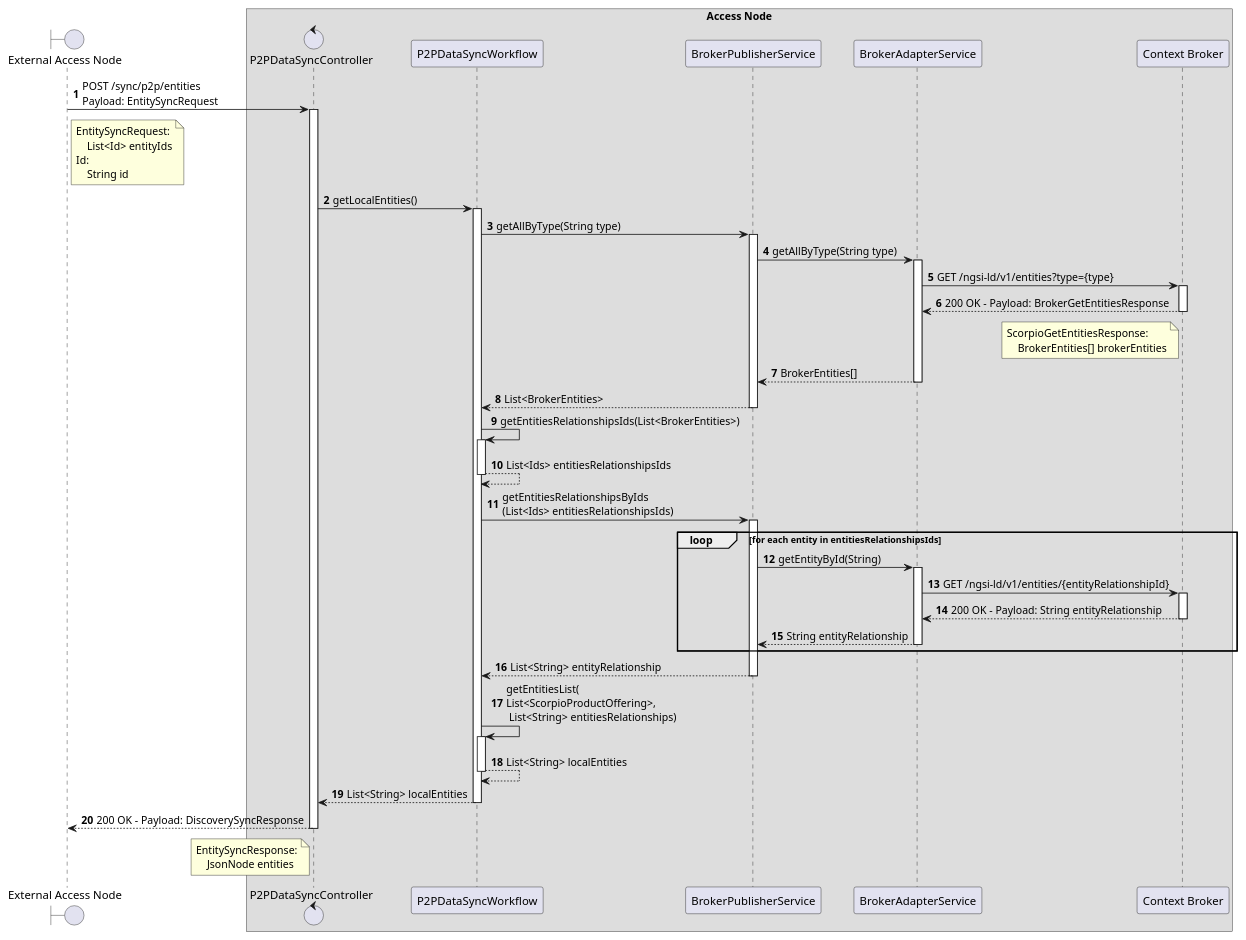
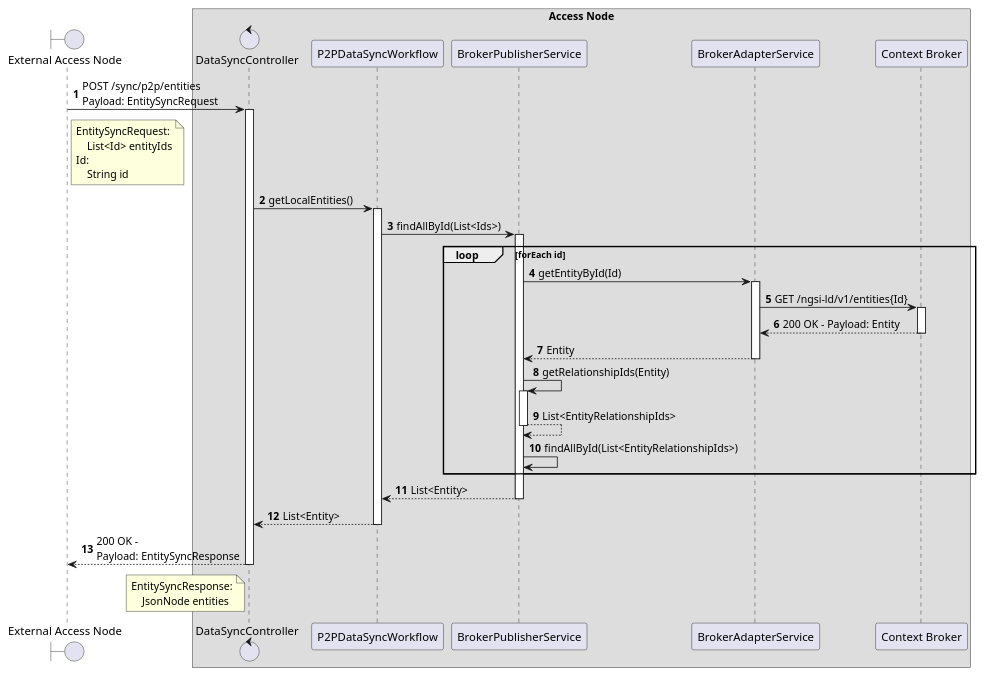
Before and after one commit to in2workspace/in2-desmos-api: the diagram in docs/diagrams/data-synchronization/sync-entities/p2p-sync-entities.puml, drawn with PlantUML.

Commit message:
fix(diagram): update sync entities sequence

```diff
--- a/docs/diagrams/data-synchronization/sync-entities/p2p-sync-entities.puml
+++ b/docs/diagrams/data-synchronization/sync-entities/p2p-sync-entities.puml
@@ -1,65 +1,53 @@
 @startuml
 'https://plantuml.com/sequence-diagram
 
 '---------- Config ----------------
 
 autonumber
 
 '---------- Header ----------------
 
 boundary "External Access Node" as ean
 
 box "Access Node"
 
-  control "P2PDataSyncController" as p2pController
-  participant "P2PDataSyncWorkflow" as p2pWorkflow
-  participant "BrokerPublisherService" as begs
+  control "DataSyncController" as dsc
+  participant "P2PDataSyncWorkflow" as p2p_dsw
+  participant "BrokerPublisherService" as bps
   participant "BrokerAdapterService" as bas
   participant "Context Broker" as cb
 
 end box
 
 '---------- Diagram ----------------
 
-ean -> p2pController++: POST /sync/p2p/entities \nPayload: EntitySyncRequest
+ean -> dsc++: POST /sync/p2p/entities \nPayload: EntitySyncRequest
 
 note right of ean
     EntitySyncRequest:
         List<Id> entityIds
     Id:
         String id
 end note
 
-    p2pController -> p2pWorkflow++: getLocalEntities()
-        p2pWorkflow -> begs++: getAllByType(String type)
-            begs -> bas++: getAllByType(String type)
-                bas -> cb++: GET /ngsi-ld/v1/entities?type={type}
-                return 200 OK - Payload: BrokerGetEntitiesResponse
+    dsc -> p2p_dsw++: getLocalEntities()
+        p2p_dsw -> bps++: findAllById(List<Ids>)
+        loop forEach id
+            bps -> bas++: getEntityById(Id)
+                bas -> cb++: GET /ngsi-ld/v1/entities{Id}
+                return 200 OK - Payload: Entity
+            return Entity
+            bps -> bps++: getRelationshipIds(Entity)
+            return List<EntityRelationshipIds>
+            bps -> bps: findAllById(List<EntityRelationshipIds>)
 
-                note left of cb
-                    ScorpioGetEntitiesResponse:
-                        BrokerEntities[] brokerEntities
-                end note
+        end
+        return List<Entity>
+    return List<Entity>
+return 200 OK - \nPayload: EntitySyncResponse
 
-            return BrokerEntities[]
-        return List<BrokerEntities>
-            p2pWorkflow -> p2pWorkflow++: getEntitiesRelationshipsIds(List<BrokerEntities>)
-            return List<Ids> entitiesRelationshipsIds
-        p2pWorkflow -> begs++: getEntitiesRelationshipsByIds\n(List<Ids> entitiesRelationshipsIds)
-            loop for each entity in entitiesRelationshipsIds
-                begs -> bas++: getEntityById(String)
-                    bas -> cb++: GET /ngsi-ld/v1/entities/{entityRelationshipId}
-                    return 200 OK - Payload: String entityRelationship
-                return String entityRelationship
-            end
-            return List<String> entityRelationship
-            p2pWorkflow -> p2pWorkflow++: getEntitiesList(\nList<ScorpioProductOffering>,\n List<String> entitiesRelationships)
-            return List<String> localEntities
-        return List<String> localEntities
-return 200 OK - Payload: DiscoverySyncResponse
-
-note left of p2pController
+note left of dsc
     EntitySyncResponse:
         JsonNode entities
 end note
 @enduml
```
